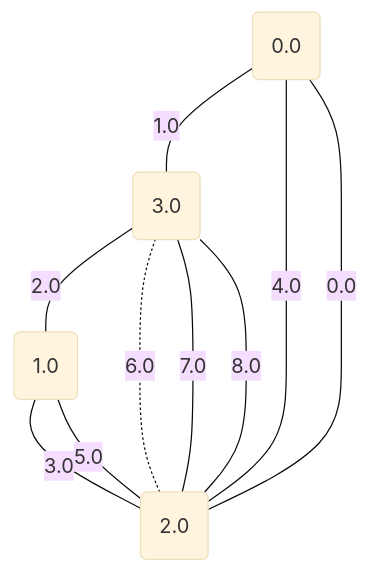
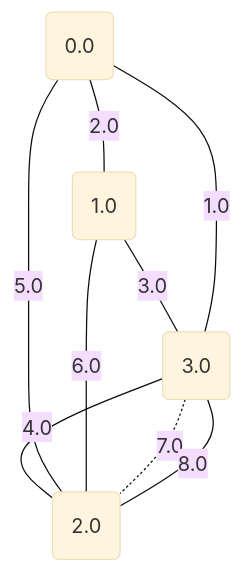
Before and after one commit to metury/graphs: diagram 14 of 17 in project/src/testing/minCutPetersen.md, drawn with Mermaid (base theme). The commit also changed other lines of this file and 2 other files, not shown here.

````diff
--- a/project/src/testing/minCutPetersen.md
+++ b/project/src/testing/minCutPetersen.md
@@ -356,16 +356,15 @@
 ```mermaid
 graph TD;
 0("0.0");
 1("1.0");
 2("2.0");
 3("3.0");
-	2 -- "0.0" --- 0;
-	0 -- "1.0" --- 3;
-	3 -- "2.0" --- 1;
-	1 -- "3.0" --- 2;
-	0 -- "4.0" --- 2;
-	1 -- "5.0" --- 2;
-	2 -. "6.0" -.- 3;
-	2 -- "7.0" --- 3;
-	2 -- "8.0" --- 3;
+	3 -- "1.0" --- 0;
+	0 -- "2.0" --- 1;
+	1 -- "3.0" --- 3;
+	3 -- "4.0" --- 2;
+	0 -- "5.0" --- 2;
+	1 -- "6.0" --- 2;
+	3 -. "7.0" -.- 2;
+	3 -- "8.0" --- 2;
 ```
````
